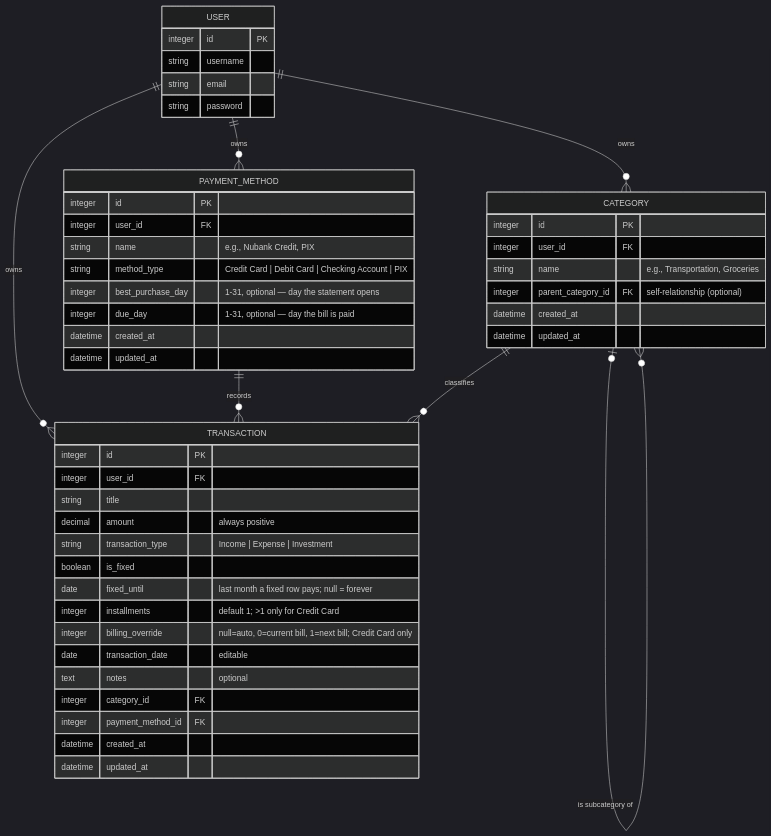
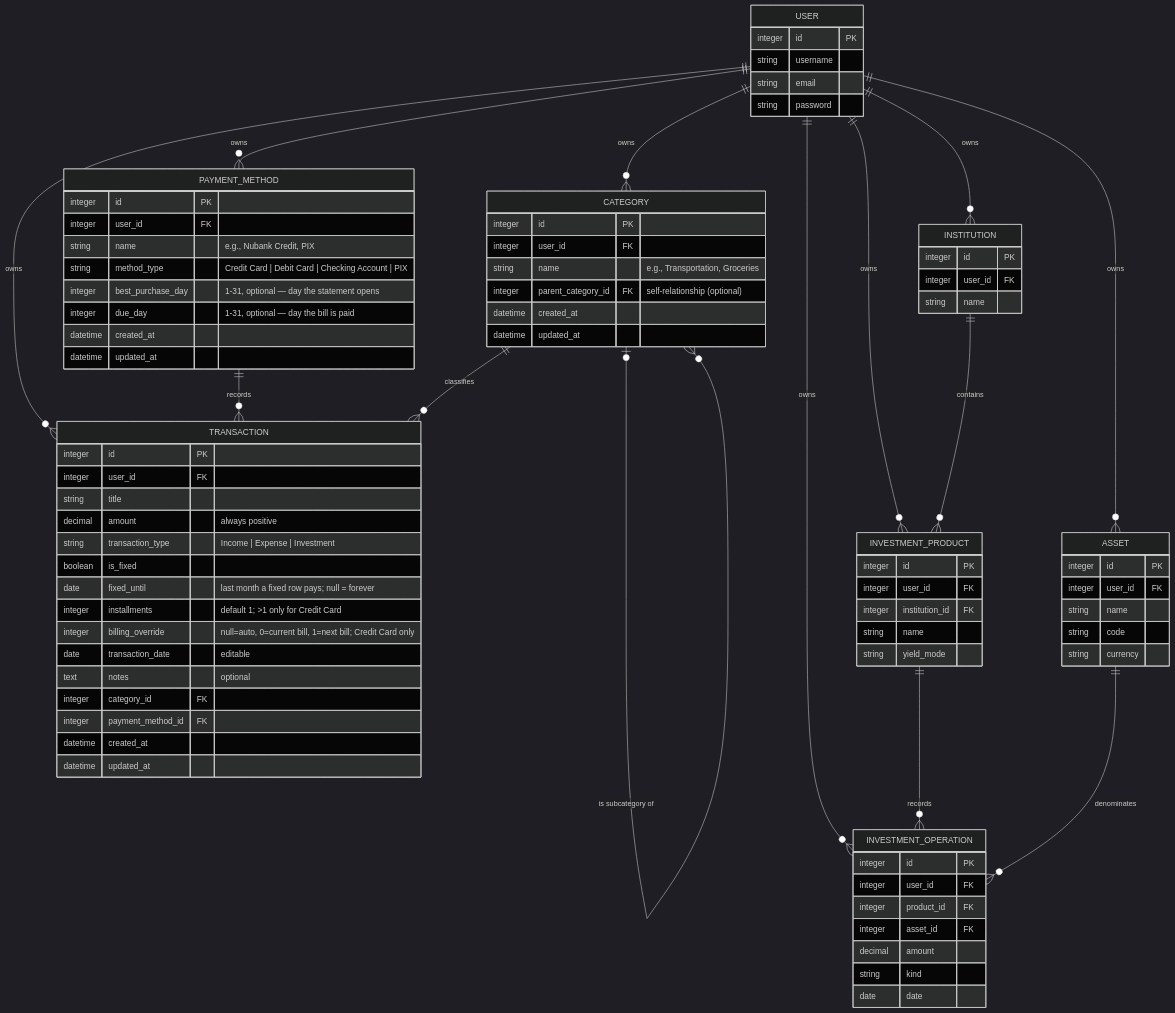
One commit to HenriqueMayer/TuxedoFinance changed the second of 2 diagrams in docs/ProductRequirementsDocument.md. Above: the diagram before and after it, drawn with Mermaid (dark theme). The commit also changed other lines of this file and 28 other files, not shown here.

````diff
--- a/docs/ProductRequirementsDocument.md
+++ b/docs/ProductRequirementsDocument.md
@@ -208,6 +211,13 @@
     PAYMENT_METHOD ||--o{ TRANSACTION : "records"
     CATEGORY ||--o{ TRANSACTION : "classifies"
     CATEGORY |o--o{ CATEGORY : "is subcategory of"
+    USER ||--o{ INSTITUTION : "owns"
+    USER ||--o{ INVESTMENT_PRODUCT : "owns"
+    USER ||--o{ ASSET : "owns"
+    USER ||--o{ INVESTMENT_OPERATION : "owns"
+    INSTITUTION ||--o{ INVESTMENT_PRODUCT : "contains"
+    INVESTMENT_PRODUCT ||--o{ INVESTMENT_OPERATION : "records"
+    ASSET ||--o{ INVESTMENT_OPERATION : "denominates"
 
     USER {
         integer id PK
@@ -253,4 +263,36 @@
         datetime created_at
         datetime updated_at
     }
+
+    INSTITUTION {
+        integer id PK
+        integer user_id FK
+        string name
+    }
+
+    INVESTMENT_PRODUCT {
+        integer id PK
+        integer user_id FK
+        integer institution_id FK
+        string name
+        string yield_mode
+    }
+
+    ASSET {
+        integer id PK
+        integer user_id FK
+        string name
+        string code
+        string currency
+    }
+
+    INVESTMENT_OPERATION {
+        integer id PK
+        integer user_id FK
+        integer product_id FK
+        integer asset_id FK
+        decimal amount
+        string kind
+        date date
+    }
 ```
````
